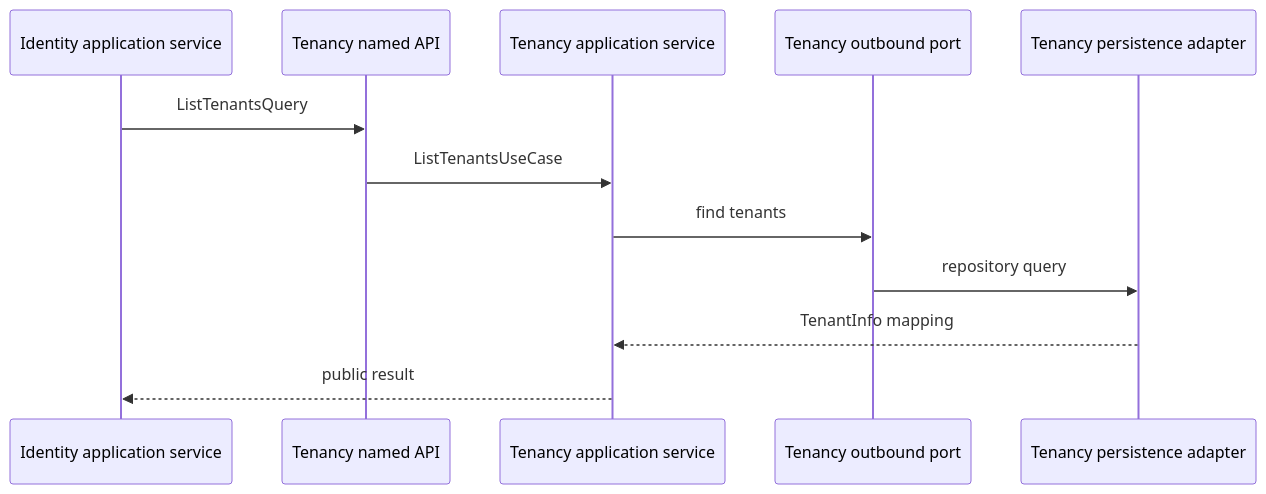
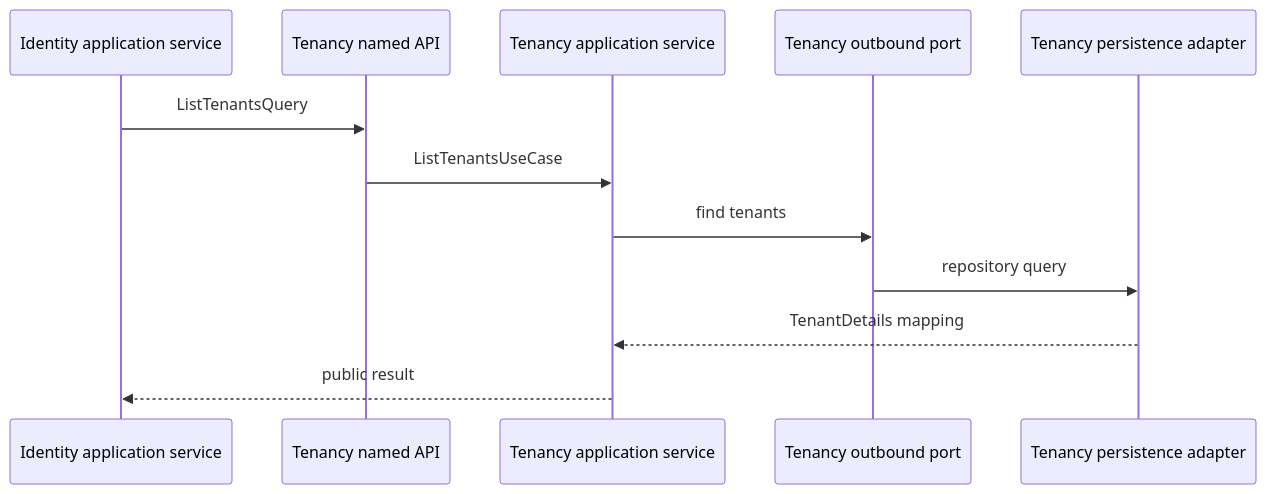
Before and after one commit to migangdelzar/emme-service: the second of 3 diagrams in docs/architecture/library-architecture.md, drawn with Mermaid. The commit also changed 289 other files, not shown here.

````diff
--- a/docs/architecture/library-architecture.md
+++ b/docs/architecture/library-architecture.md
@@ -71,15 +71,15 @@
 ```mermaid
 sequenceDiagram
     participant Identity as Identity application service
     participant Contract as Tenancy named API
     participant Tenancy as Tenancy application service
     participant Port as Tenancy outbound port
     participant DB as Tenancy persistence adapter
 
     Identity->>Contract: ListTenantsQuery
     Contract->>Tenancy: ListTenantsUseCase
     Tenancy->>Port: find tenants
     Port->>DB: repository query
-    DB-->>Tenancy: TenantInfo mapping
+    DB-->>Tenancy: TenantDetails mapping
     Tenancy-->>Identity: public result
 ```
````
